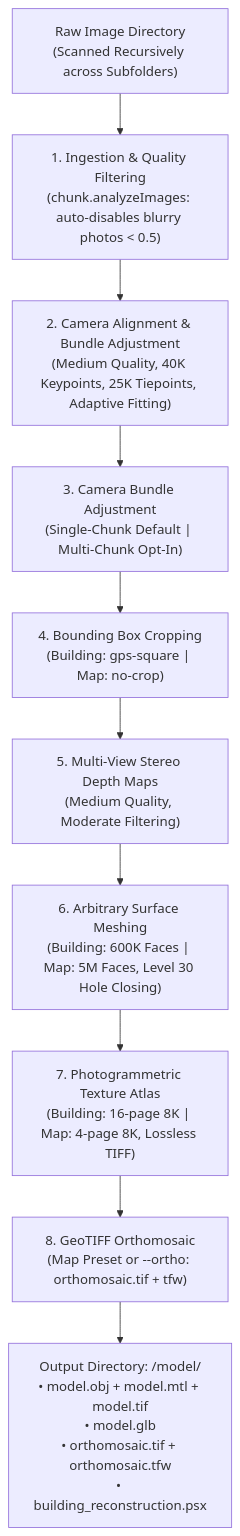
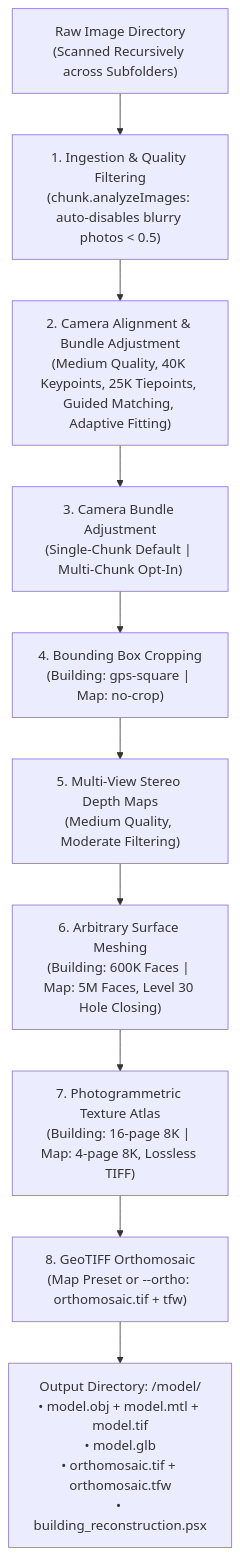
Before and after one commit to ngviettam82/AutoMetashape: the diagram in README.md, drawn with Mermaid. The commit also changed 3 other files, not shown here.

Commit message:
feat: Default to guided image matching and split GUI parameters by process stage

````diff
--- a/README.md
+++ b/README.md
@@ -125,12 +125,12 @@
 ```mermaid
 flowchart TD
     A["Raw Image Directory<br/>(Scanned Recursively across Subfolders)"] --> B["1. Ingestion & Quality Filtering<br/>(chunk.analyzeImages: auto-disables blurry photos < 0.5)"]
-    B --> C["2. Camera Alignment & Bundle Adjustment<br/>(Medium Quality, 40K Keypoints, 25K Tiepoints, Adaptive Fitting)"]
+    B --> C["2. Camera Alignment & Bundle Adjustment<br/>(Medium Quality, 40K Keypoints, 25K Tiepoints, Guided Matching, Adaptive Fitting)"]
     C --> D["3. Camera Bundle Adjustment<br/>(Single-Chunk Default | Multi-Chunk Opt-In)"]
     D --> E["4. Bounding Box Cropping<br/>(Building: gps-square | Map: no-crop)"]
     E --> F["5. Multi-View Stereo Depth Maps<br/>(Medium Quality, Moderate Filtering)"]
     F --> G["6. Arbitrary Surface Meshing<br/>(Building: 600K Faces | Map: 5M Faces, Level 30 Hole Closing)"]
     G --> H["7. Photogrammetric Texture Atlas<br/>(Building: 16-page 8K | Map: 4-page 8K, Lossless TIFF)"]
     H --> I["8. GeoTIFF Orthomosaic<br/>(Map Preset or --ortho: orthomosaic.tif + tfw)"]
     I --> J["Output Directory: <images_dir>/model/<br/>• model.obj + model.mtl + model.tif<br/>• model.glb<br/>• orthomosaic.tif + orthomosaic.tfw<br/>• building_reconstruction.psx"]
 ```
````
